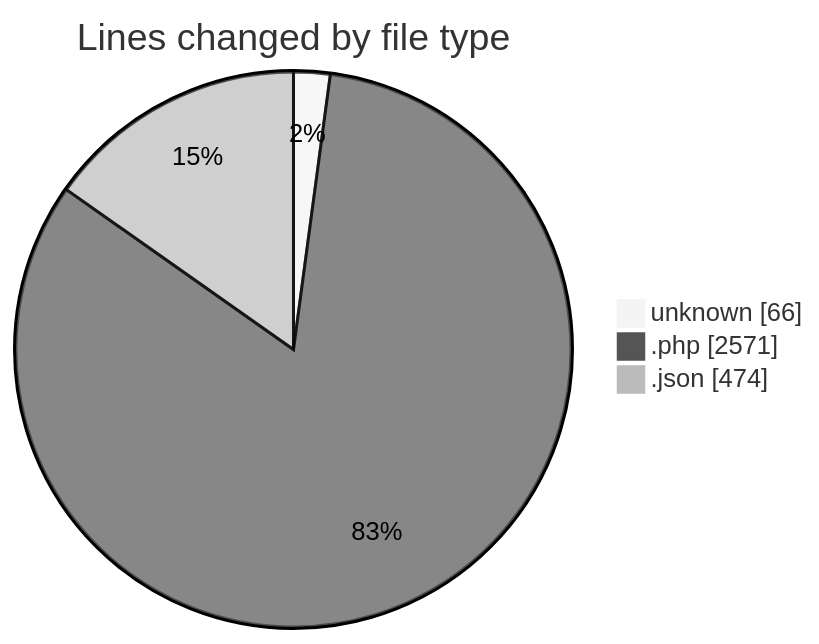
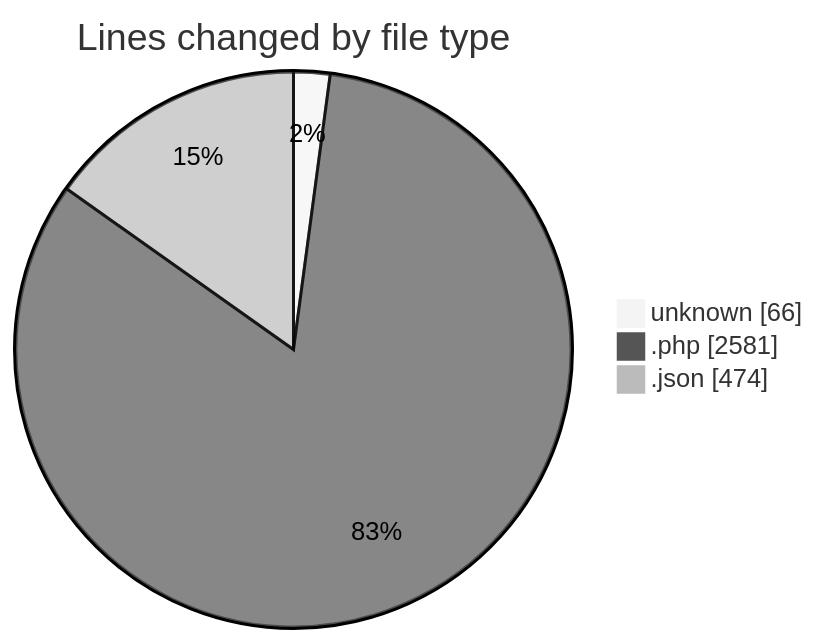
One commit to idhammustaqopulfikri/code-tracking changed the first of 2 diagrams in 2025-05-27/studio-backend/README.md. Above: the diagram before and after it, drawn with Mermaid (neutral theme). The commit also changed other lines of this file and 1 other file, not shown here.

````diff
--- a/2025-05-27/studio-backend/README.md
+++ b/2025-05-27/studio-backend/README.md
@@ -54,7 +54,7 @@
 ```mermaid
 pie showData
 title Lines changed by file type
 "unknown" : 66
-".php" : 2571
+".php" : 2581
 ".json" : 474
 ```
````
